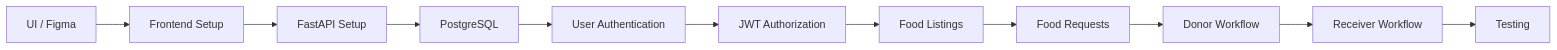
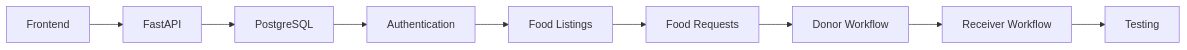
One commit to sapna71/RePlate changed the fifth of 5 diagrams in README.md. Above: the diagram before and after it, drawn with Mermaid. The commit also changed other lines of this file, not shown here.

````diff
--- a/README.md
+++ b/README.md
@@ -671,13 +530,11 @@
 ```mermaid
 flowchart LR
-    A[UI / Figma] --> B[Frontend Setup]
-    B --> C[FastAPI Setup]
-    C --> D[PostgreSQL]
-    D --> E[User Authentication]
-    E --> F[JWT Authorization]
-    F --> G[Food Listings]
-    G --> H[Food Requests]
-    H --> I[Donor Workflow]
-    I --> J[Receiver Workflow]
-    J --> K[Testing]
+    A[Frontend] --> B[FastAPI]
+    B --> C[PostgreSQL]
+    C --> D[Authentication]
+    D --> E[Food Listings]
+    E --> F[Food Requests]
+    F --> G[Donor Workflow]
+    G --> H[Receiver Workflow]
+    H --> I[Testing]
 ```
````
